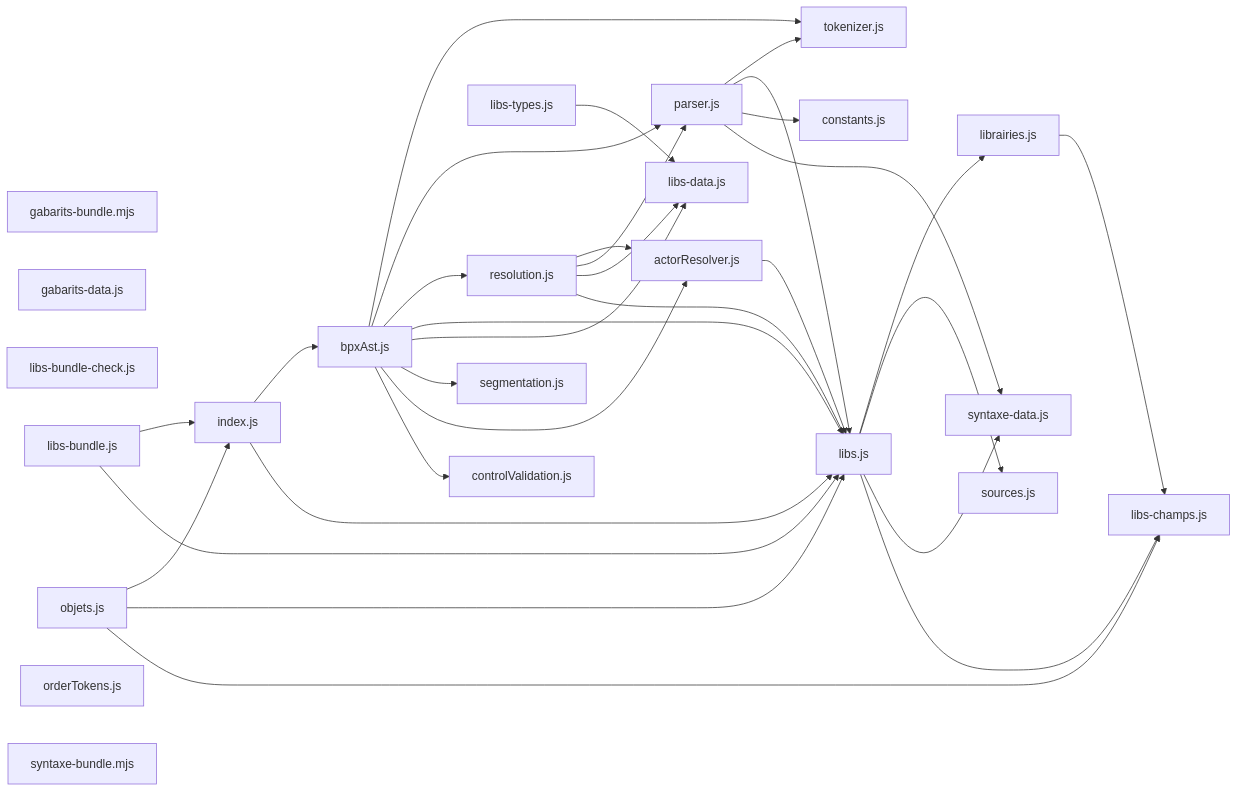
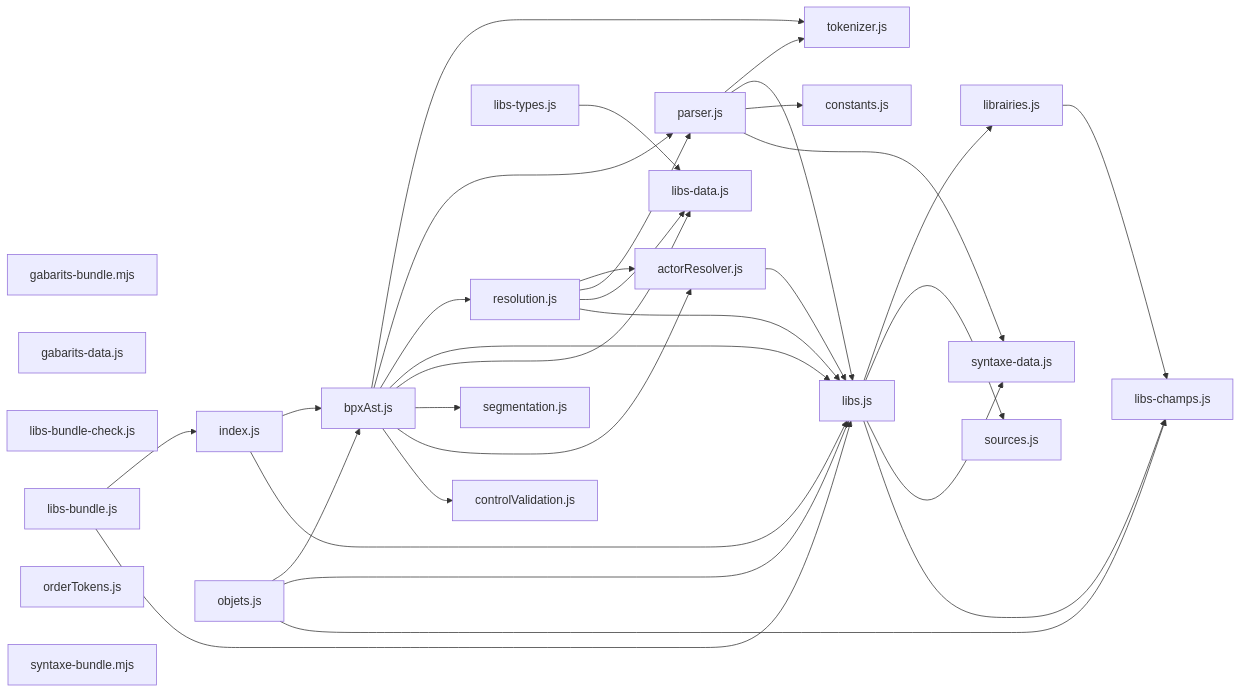
One commit to roomi-fields/BPscript changed the diagram in docs/arch/carte-reel.md. Above: the diagram before and after it, drawn with Mermaid. The commit also changed other lines of this file and 9 other files, not shown here.

````diff
--- a/docs/arch/carte-reel.md
+++ b/docs/arch/carte-reel.md
@@ -42,56 +42,56 @@
 ```mermaid
 flowchart LR
   actorResolver_js["actorResolver.js"]
   bpxAst_js["bpxAst.js"]
   constants_js["constants.js"]
   controlValidation_js["controlValidation.js"]
   gabarits_bundle_mjs["gabarits-bundle.mjs"]
   gabarits_data_js["gabarits-data.js"]
   index_js["index.js"]
   librairies_js["librairies.js"]
   libs_bundle_check_js["libs-bundle-check.js"]
   libs_bundle_js["libs-bundle.js"]
   libs_champs_js["libs-champs.js"]
   libs_data_js["libs-data.js"]
   libs_types_js["libs-types.js"]
   libs_js["libs.js"]
   objets_js["objets.js"]
   orderTokens_js["orderTokens.js"]
   parser_js["parser.js"]
   resolution_js["resolution.js"]
   segmentation_js["segmentation.js"]
   sources_js["sources.js"]
   syntaxe_bundle_mjs["syntaxe-bundle.mjs"]
   syntaxe_data_js["syntaxe-data.js"]
   tokenizer_js["tokenizer.js"]
   actorResolver_js --> libs_js
   bpxAst_js --> tokenizer_js
   bpxAst_js --> parser_js
   bpxAst_js --> resolution_js
   bpxAst_js --> libs_js
   bpxAst_js --> libs_data_js
   bpxAst_js --> segmentation_js
   bpxAst_js --> actorResolver_js
   bpxAst_js --> controlValidation_js
   index_js --> bpxAst_js
   index_js --> libs_js
   librairies_js --> libs_champs_js
   libs_bundle_js --> index_js
   libs_bundle_js --> libs_js
   libs_types_js --> libs_data_js
   libs_js --> librairies_js
   libs_js --> sources_js
   libs_js --> syntaxe_data_js
   libs_js --> libs_champs_js
-  objets_js --> index_js
+  objets_js --> bpxAst_js
   objets_js --> libs_js
   objets_js --> libs_champs_js
   parser_js --> tokenizer_js
   parser_js --> libs_js
   parser_js --> constants_js
   parser_js --> syntaxe_data_js
   resolution_js --> actorResolver_js
   resolution_js --> parser_js
   resolution_js --> libs_data_js
   resolution_js --> libs_js
 ```
````
